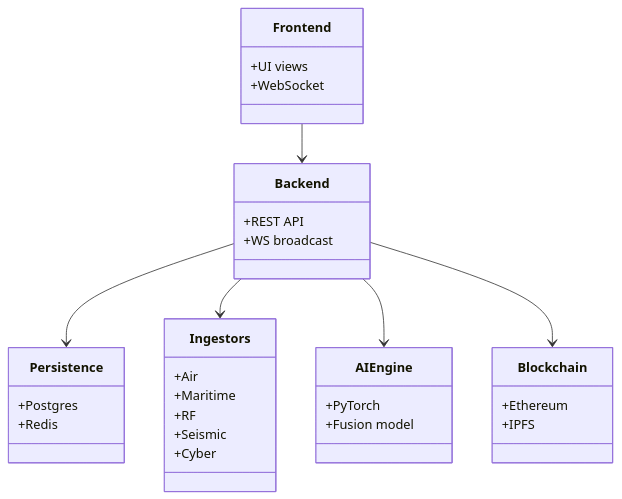
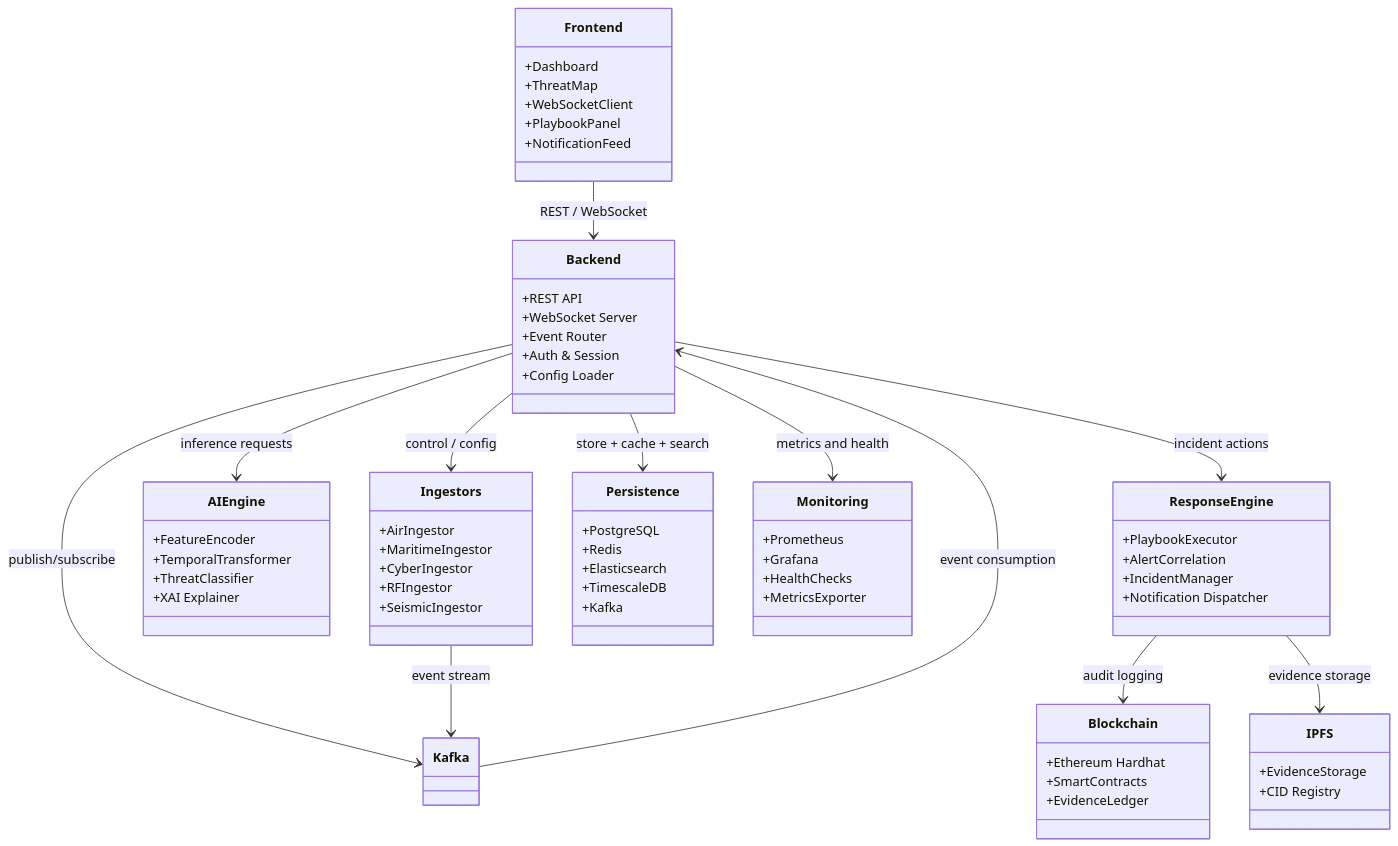
Before and after one commit to wi5nuu/SENTINEL-X-X-Domain-Threat-Fusion-Platform: the second of 3 diagrams in README.md, drawn with Mermaid. The commit also changed other lines of this file, not shown here.

Commit message:
docs: add deployment diagram to README

````diff
--- a/README.md
+++ b/README.md
@@ -208,36 +221,70 @@
 ```mermaid
 classDiagram
     class Frontend {
-        +UI views
-        +WebSocket
+        +Dashboard
+        +ThreatMap
+        +WebSocketClient
+        +PlaybookPanel
+        +NotificationFeed
     }
     class Backend {
         +REST API
-        +WS broadcast
+        +WebSocket Server
+        +Event Router
+        +Auth & Session
+        +Config Loader
+    }
+    class Ingestors {
+        +AirIngestor
+        +MaritimeIngestor
+        +CyberIngestor
+        +RFIngestor
+        +SeismicIngestor
+    }
+    class AIEngine {
+        +FeatureEncoder
+        +TemporalTransformer
+        +ThreatClassifier
+        +XAI Explainer
+    }
+    class ResponseEngine {
+        +PlaybookExecutor
+        +AlertCorrelation
+        +IncidentManager
+        +Notification Dispatcher
     }
     class Persistence {
-        +Postgres
+        +PostgreSQL
         +Redis
-    }
-    class Ingestors {
-        +Air
-        +Maritime
-        +RF
-        +Seismic
-        +Cyber
-    }
-    class AIEngine {
-        +PyTorch
-        +Fusion model
+        +Elasticsearch
+        +TimescaleDB
+        +Kafka
     }
     class Blockchain {
-        +Ethereum
-        +IPFS
+        +Ethereum Hardhat
+        +SmartContracts
+        +EvidenceLedger
+    }
+    class IPFS {
+        +EvidenceStorage
+        +CID Registry
+    }
+    class Monitoring {
+        +Prometheus
+        +Grafana
+        +HealthChecks
+        +MetricsExporter
     }
 
-    Frontend --> Backend
-    Backend --> Persistence
-    Backend --> Ingestors
-    Backend --> AIEngine
-    Backend --> Blockchain
+    Frontend --> Backend: REST / WebSocket
+    Backend --> Persistence: store + cache + search
+    Backend --> Kafka: publish/subscribe
+    Backend --> Ingestors: control / config
+    Backend --> AIEngine: inference requests
+    Backend --> ResponseEngine: incident actions
+    ResponseEngine --> Blockchain: audit logging
+    ResponseEngine --> IPFS: evidence storage
+    Backend --> Monitoring: metrics and health
+    Ingestors --> Kafka: event stream
+    Kafka --> Backend: event consumption
 ```
````
